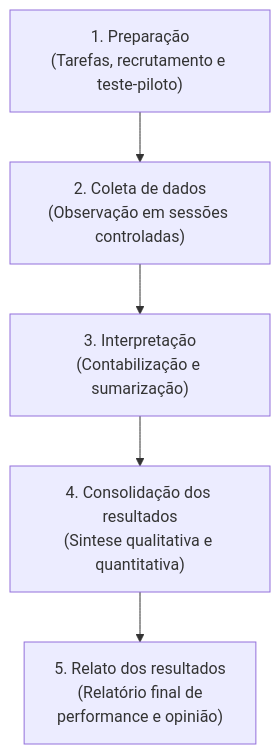
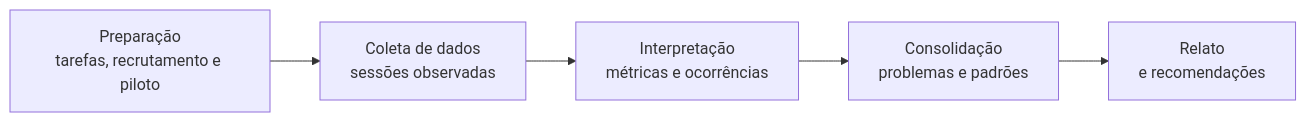
Before and after one commit to leorruas/puc: the first of 3 diagrams in 08. Design de Interacao/23. Teste de usabilidade - método empírico formal de avaliação por observação.md, drawn with Mermaid. The commit also changed other lines of this file, not shown here.

Commit message:
Normaliza visualizações de teste de usabilidade

````diff
--- a/08. Design de Interacao/23. Teste de usabilidade - método empírico formal de avaliação por observação.md
+++ b/08. Design de Interacao/23. Teste de usabilidade - método empírico formal de avaliação por observação.md
@@ -75,7 +73,13 @@
 ```mermaid
-flowchart TD
-    P1["1. Preparação<br>(Tarefas, recrutamento e teste-piloto)"] --> P2["2. Coleta de dados<br>(Observação em sessões controladas)"]
-    P2 --> P3["3. Interpretação<br>(Contabilização e sumarização)"]
-    P3 --> P4["4. Consolidação dos resultados<br>(Sintese qualitativa e quantitativa)"]
-    P4 --> P5["5. Relato dos resultados<br>(Relatório final de<br>performance e opinião)"]
+flowchart LR
+    Preparacao["Preparação<br>tarefas, recrutamento e piloto"]:::external
+    Coleta["Coleta de dados<br>sessões observadas"]:::component
+    Interpretacao["Interpretação<br>métricas e ocorrências"]:::core
+    Consolidacao["Consolidação<br>problemas e padrões"]:::data
+    Relato["Relato<br>e recomendações"]:::component
+
+    Preparacao --> Coleta
+    Coleta --> Interpretacao
+    Interpretacao --> Consolidacao
+    Consolidacao --> Relato
 ```
````
